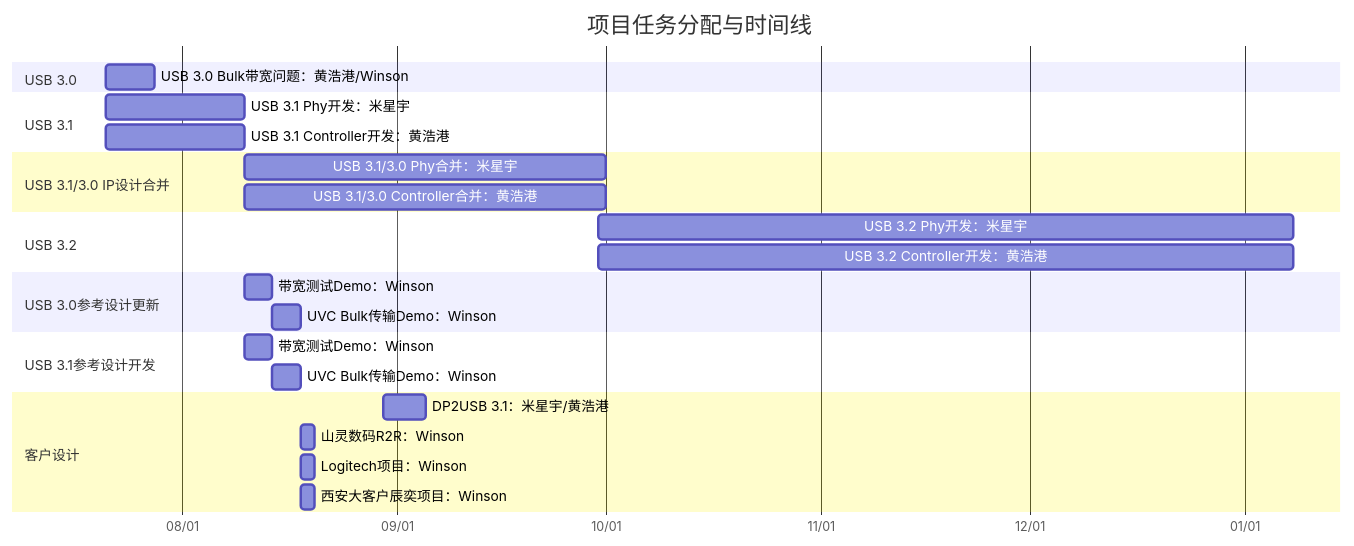
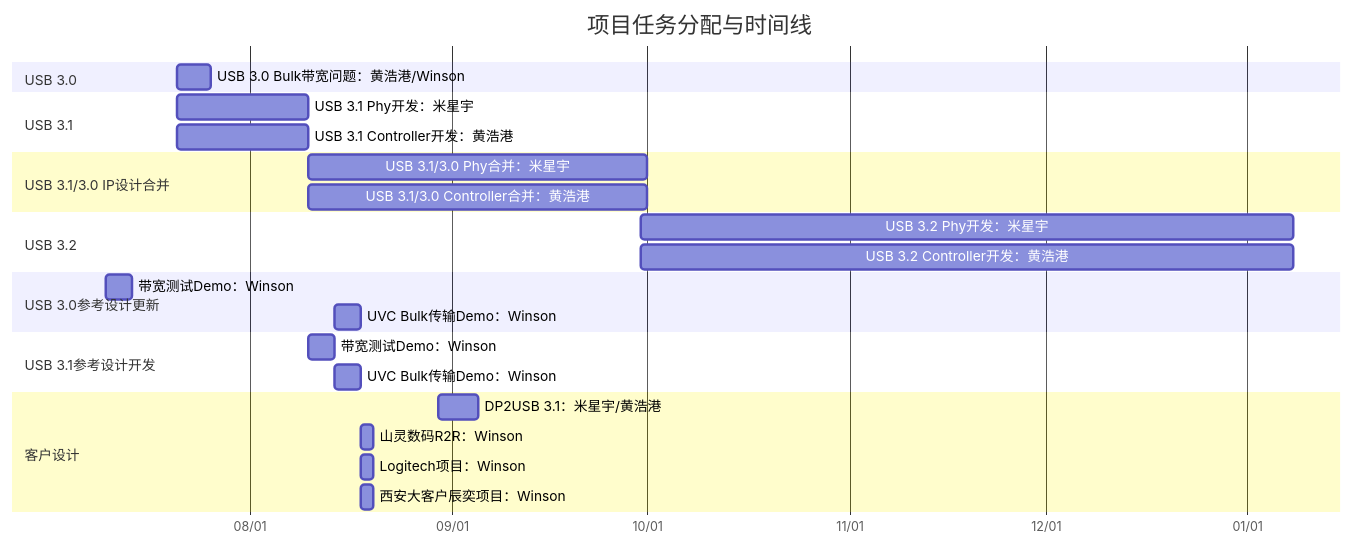
One commit to winsonbook/iodraw-files changed the diagram in all/未命名.md. Above: the diagram before and after it, drawn with Mermaid.

Commit message:
2025-07-21 10:11:03 update

````diff
--- a/all/未命名.md
+++ b/all/未命名.md
@@ -1,35 +1,35 @@
 ```mermaid
 gantt
     title 项目任务分配与时间线
     dateFormat  YYYY-MM-DD
     axisFormat  %m/%d
 
     section USB 3.0
-    USB 3.0 Bulk带宽问题：黄浩港/Winson   :    task1, 2025-07-21, 7d
+    USB 3.0 Bulk带宽问题：黄浩港/Winson   :    task1, 2025-07-21, 5d
 
     section USB 3.1
     USB 3.1 Phy开发：米星宇      :         task2, 2025-07-21, 20d
     USB 3.1 Controller开发：黄浩港      :  task3, 2025-07-21, 20d
 
     section USB 3.1/3.0 IP设计合并
     USB 3.1/3.0 Phy合并：米星宇       :    task4, 2025-08-10, 52d
     USB 3.1/3.0 Controller合并：黄浩港:    task5, 2025-08-10, 52d
 
     section USB 3.2
     USB 3.2 Phy开发：米星宇      :         task2, 2025-09-30, 100d
     USB 3.2 Controller开发：黄浩港      :  task3, 2025-09-30, 100d
 
     section USB 3.0参考设计更新
-    带宽测试Demo：Winson       :         task6, 2025-08-10, 4d
+    带宽测试Demo：Winson       :         task6, 2025-07-10, 4d
     UVC Bulk传输Demo：Winson   :        task7, 2025-08-14, 4d
 
     section USB 3.1参考设计开发
     带宽测试Demo：Winson       :         task8, 2025-08-10, 4d
     UVC Bulk传输Demo：Winson   :         task9, 2025-08-14, 4d
 
     section 客户设计
     DP2USB 3.1：米星宇/黄浩港      :task10, 2025-08-30, 6d
     山灵数码R2R：Winson :             task11, 2025-08-18, 2d
     Logitech项目：Winson :            task12, 2025-08-18, 2d
     西安大客户辰奕项目：Winson :       task13, 2025-08-18, 2d
 ```
````
